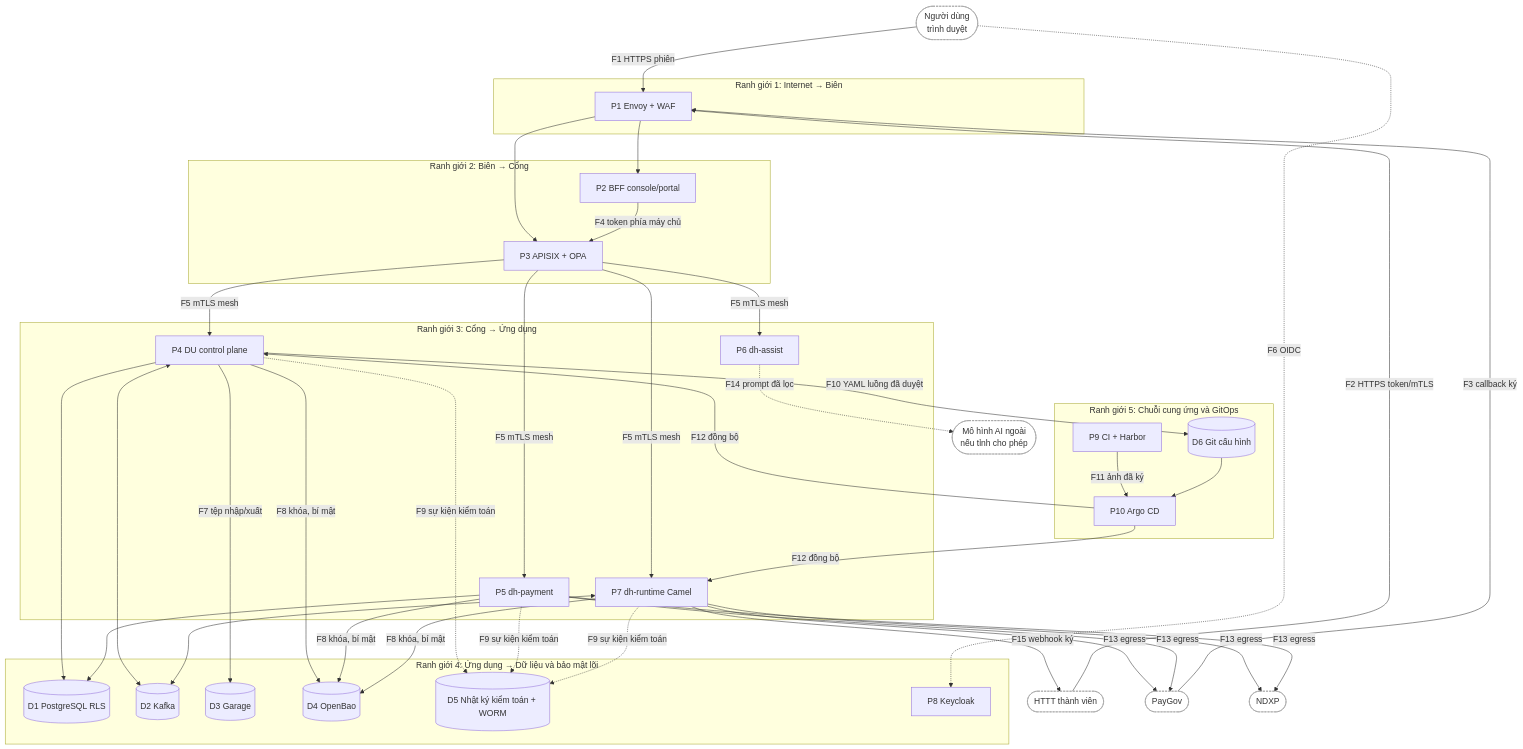
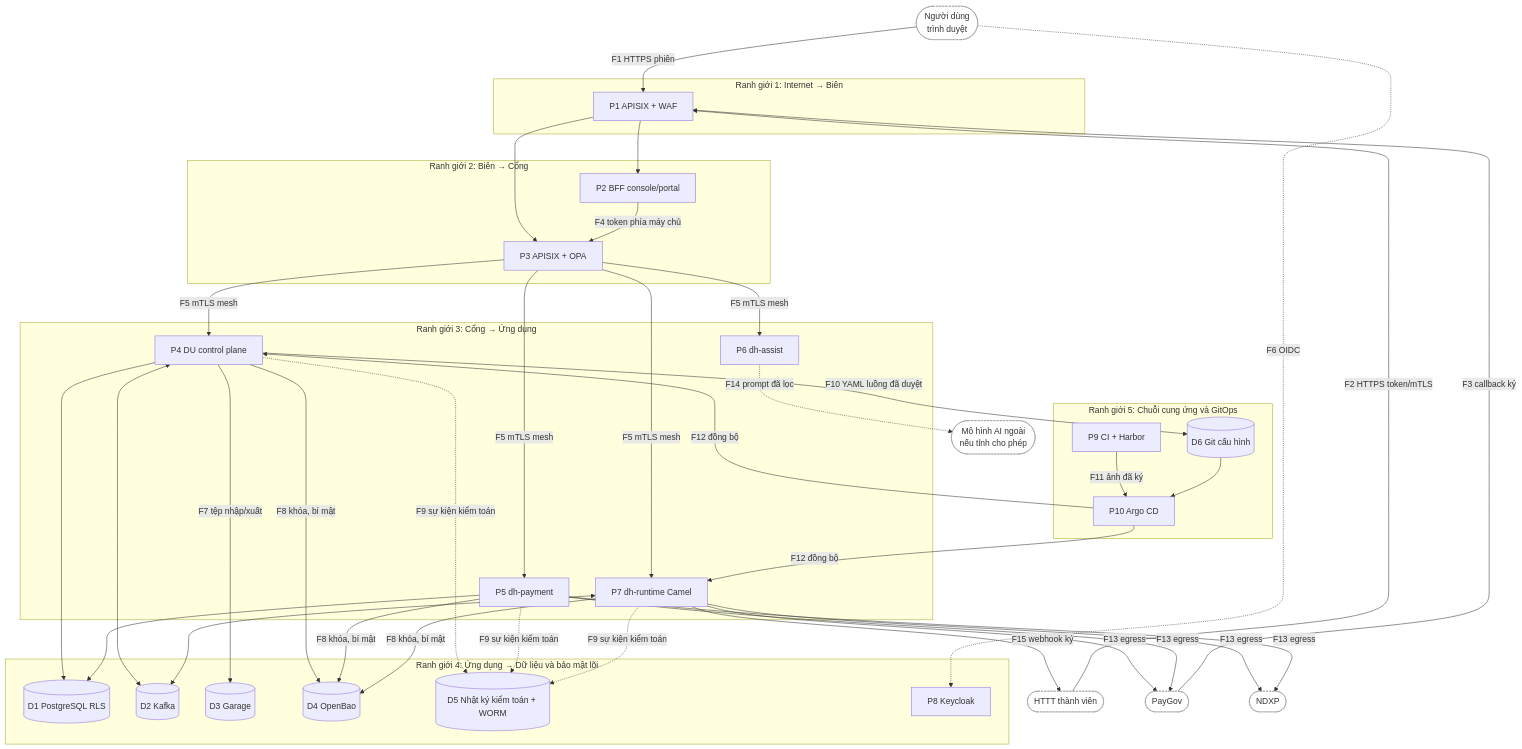
One commit to caprocute/DATAHUB changed the second of 3 diagrams in datahub-docs/03-thiet-ke/attt/D03-07-thiet-ke-attt.md. Above: the diagram before and after it, drawn with Mermaid. The commit also changed other lines of this file and 7 other files, not shown here.

````diff
--- a/datahub-docs/03-thiet-ke/attt/D03-07-thiet-ke-attt.md
+++ b/datahub-docs/03-thiet-ke/attt/D03-07-thiet-ke-attt.md
@@ -249,52 +249,52 @@
 ```mermaid
 flowchart TB
   classDef ext fill:#fff,stroke:#999,stroke-dasharray: 4 2
   U([Người dùng<br/>trình duyệt]):::ext
   H([HTTT thành viên]):::ext
   PAY([PayGov]):::ext
   NDXP([NDXP]):::ext
   LLM([Mô hình AI ngoài<br/>nếu tỉnh cho phép]):::ext
   subgraph TB1[Ranh giới 1: Internet → Biên]
-    WAF[P1 Envoy + WAF]
+    WAF[P1 APISIX + WAF]
   end
   subgraph TB2[Ranh giới 2: Biên → Cổng]
     BFF[P2 BFF console/portal]
     GW[P3 APISIX + OPA]
   end
   subgraph TB3[Ranh giới 3: Cổng → Ứng dụng]
     CP[P4 DU control plane]
     PAYD[P5 dh-payment]
     AST[P6 dh-assist]
     RT[P7 dh-runtime Camel]
   end
   subgraph TB4[Ranh giới 4: Ứng dụng → Dữ liệu và bảo mật lõi]
     DB[(D1 PostgreSQL RLS)]
     KF[(D2 Kafka)]
     S3[(D3 Garage)]
     BAO[(D4 OpenBao)]
     AUD[(D5 Nhật ký kiểm toán + WORM)]
     KC[P8 Keycloak]
   end
   subgraph TB5[Ranh giới 5: Chuỗi cung ứng và GitOps]
     GIT[(D6 Git cấu hình)]
     CI[P9 CI + Harbor]
     ARGO[P10 Argo CD]
   end
   U -->|F1 HTTPS phiên| WAF --> BFF
   H -->|F2 HTTPS token/mTLS| WAF --> GW
   PAY -->|F3 callback ký| WAF
   BFF -->|F4 token phía máy chủ| GW
   GW -->|F5 mTLS mesh| CP & PAYD & AST & RT
   U -.->|F6 OIDC| KC
   CP & PAYD --> DB
   CP & RT <--> KF
   CP -->|F7 tệp nhập/xuất| S3
   CP & PAYD & RT -->|F8 khóa, bí mật| BAO
   CP & PAYD & RT -.->|F9 sự kiện kiểm toán| AUD
   CP -->|F10 YAML luồng đã duyệt| GIT
   CI -->|F11 ảnh đã ký| ARGO
   GIT --> ARGO -->|F12 đồng bộ| RT & CP
   RT & PAYD -->|F13 egress| NDXP & PAY
   AST -.->|F14 prompt đã lọc| LLM
   RT -->|F15 webhook ký| H
 ```
````
